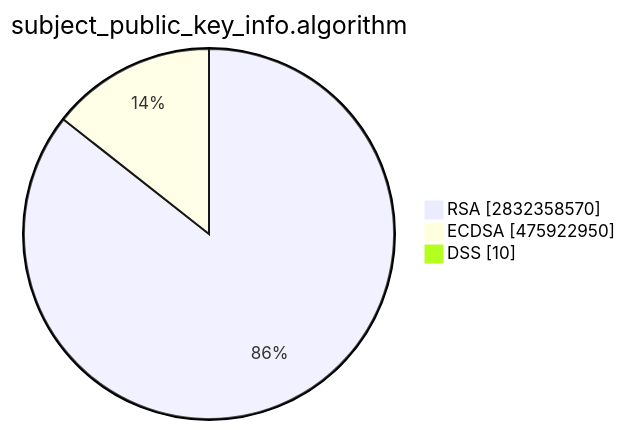
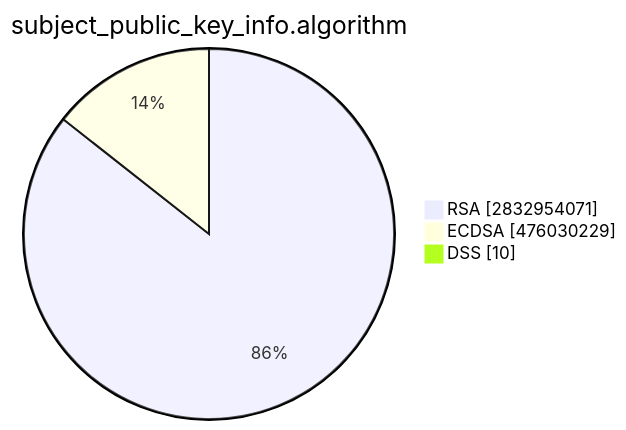
The second of 15 diagrams in TOTAL/README.md (christiankrug/ctmonitor_visualization), drawn with Mermaid before and after one commit. The commit also changed other lines of this file, not shown here.

````diff
--- a/TOTAL/README.md
+++ b/TOTAL/README.md
@@ -6,7 +6,7 @@
 ```mermaid
 pie showData
 title subject_public_key_info.algorithm
-"RSA" :2832358570
-"ECDSA" :475922950
+"RSA" :2832954071
+"ECDSA" :476030229
 "DSS" :10
 ```
````
